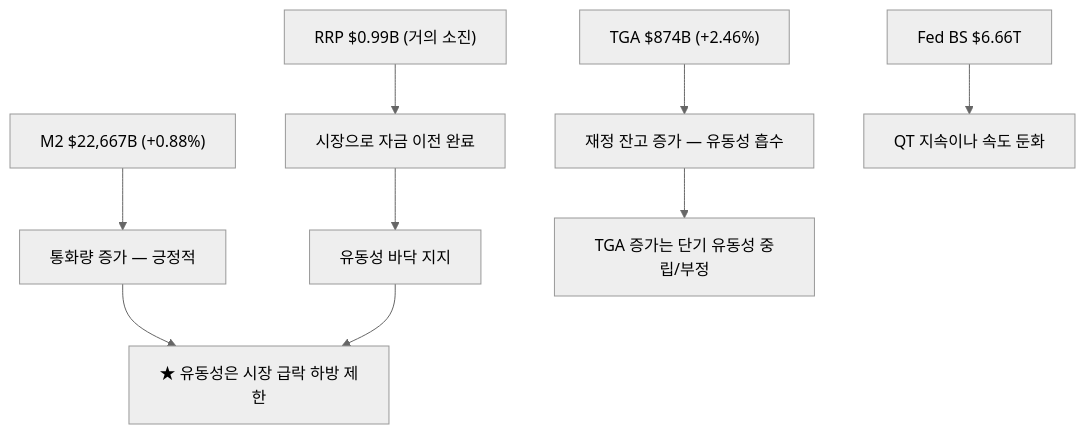
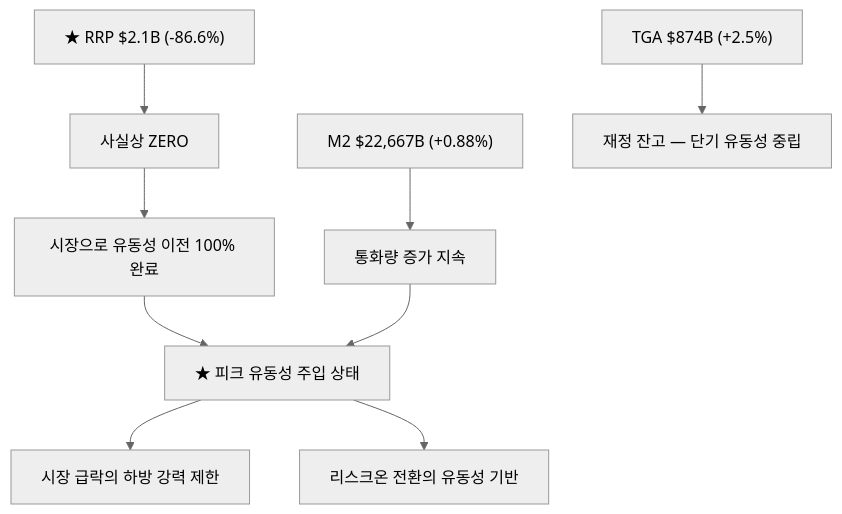
Before and after one commit to dss99911/dss99911.github.io: the fifth of 9 diagrams in _posts/knowledge/invest/2026-01-12-macroeconomic-policy-sector-outlook-2026.md, drawn with Mermaid (neutral theme). The commit also changed other lines of this file and 3 other files, not shown here.

````diff
--- a/_posts/knowledge/invest/2026-01-12-macroeconomic-policy-sector-outlook-2026.md
+++ b/_posts/knowledge/invest/2026-01-12-macroeconomic-policy-sector-outlook-2026.md
@@ -240,11 +182,11 @@
 ```mermaid
 graph TD
-    A["M2 $22,667B #40;+0.88%#41;"] --> B["통화량 증가 — 긍정적"]
-    C["RRP $0.99B #40;거의 소진#41;"] --> D["시장으로 자금 이전 완료"]
-    D --> E["유동성 바닥 지지"]
-    F["TGA $874B #40;+2.46%#41;"] --> G["재정 잔고 증가 — 유동성 흡수"]
-    H["Fed BS $6.66T"] --> I["QT 지속이나 속도 둔화"]
-    B --> J["★ 유동성은 시장 급락 하방 제한"]
-    E --> J
-    G --> K["TGA 증가는 단기 유동성 중립/부정"]
+    A["★ RRP $2.1B #40;-86.6%#41;"] --> B["사실상 ZERO"]
+    B --> C["시장으로 유동성 이전 100% 완료"]
+    C --> D["★ 피크 유동성 주입 상태"]
+    E["M2 $22,667B #40;+0.88%#41;"] --> F["통화량 증가 지속"]
+    F --> D
+    D --> G["시장 급락의 하방 강력 제한"]
+    D --> H["리스크온 전환의 유동성 기반"]
+    I["TGA $874B #40;+2.5%#41;"] --> J["재정 잔고 — 단기 유동성 중립"]
 ```
````
